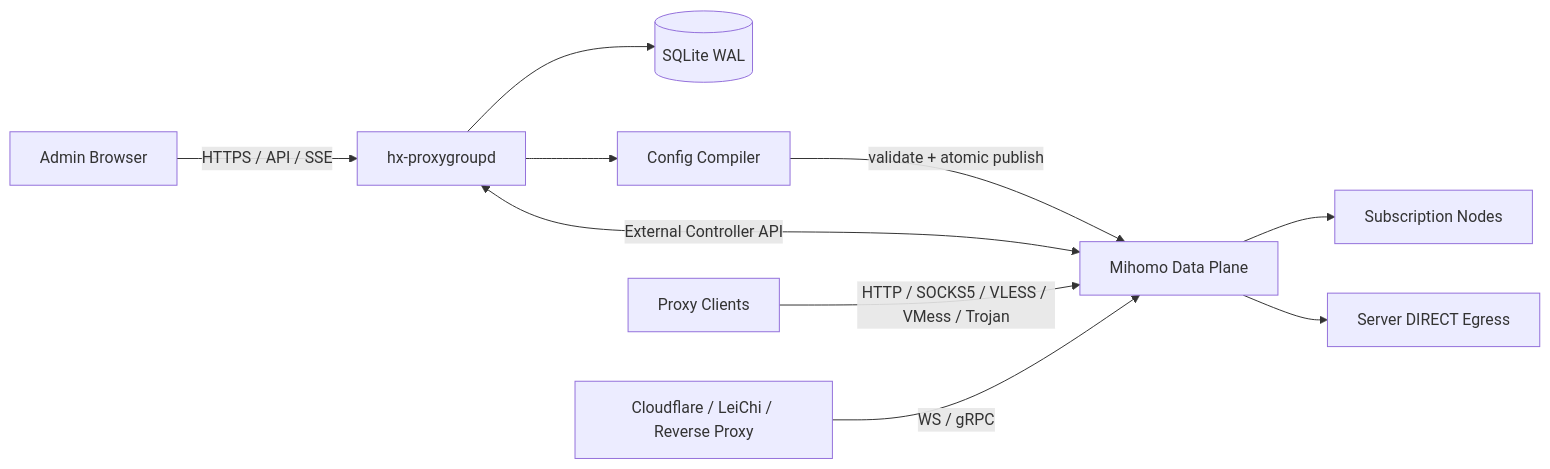
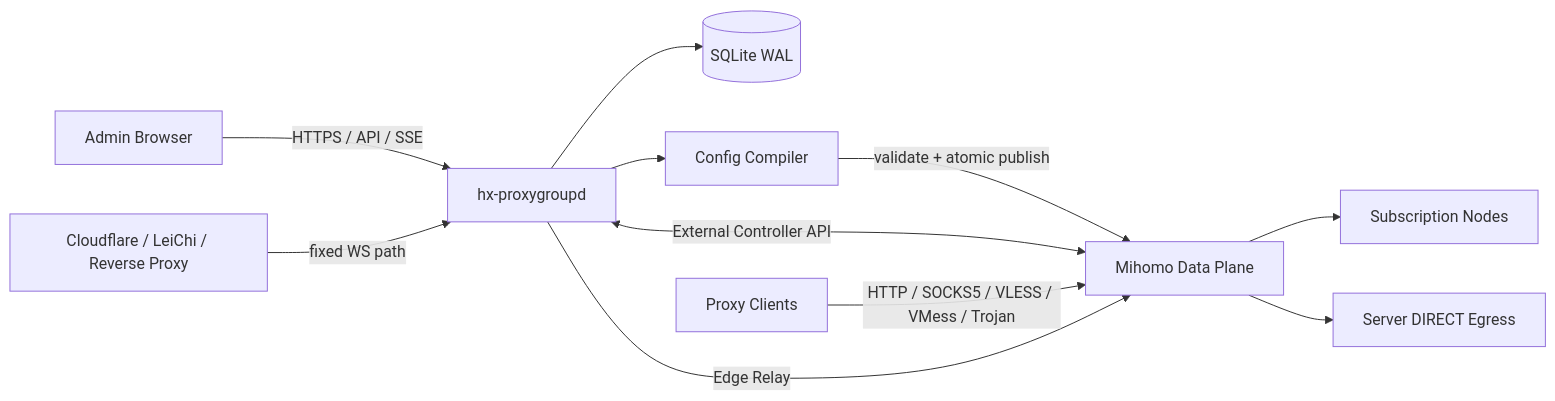
The first of 2 diagrams in docs/ARCHITECTURE.md (HengXin666/HX-ProxyGroup), drawn with Mermaid before and after one commit. The commit also changed other lines of this file and 32 other files, not shown here.

````diff
--- a/docs/ARCHITECTURE.md
+++ b/docs/ARCHITECTURE.md
@@ -12,12 +12,13 @@
 ```mermaid
 flowchart LR
     Admin[Admin Browser] -->|HTTPS / API / SSE| CP[hx-proxygroupd]
     CP --> DB[(SQLite WAL)]
     CP --> CFG[Config Compiler]
     CFG -->|validate + atomic publish| DP[Mihomo Data Plane]
     CP <-->|External Controller API| DP
     DP --> UP[Subscription Nodes]
     DP --> DIRECT[Server DIRECT Egress]
     Client[Proxy Clients] -->|HTTP / SOCKS5 / VLESS / VMess / Trojan| DP
-    RP[Cloudflare / LeiChi / Reverse Proxy] -->|WS / gRPC| DP
+    RP[Cloudflare / LeiChi / Reverse Proxy] -->|fixed WS path| CP
+    CP -->|Edge Relay| DP
 ```
````
